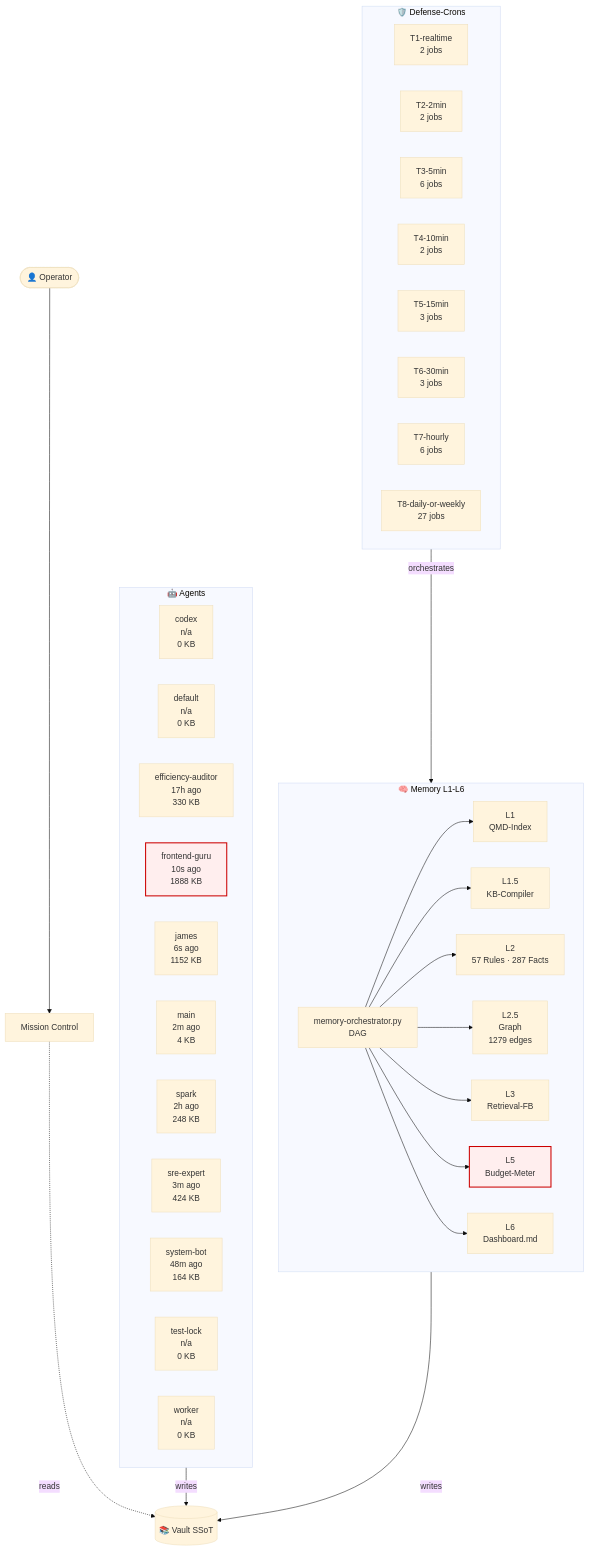
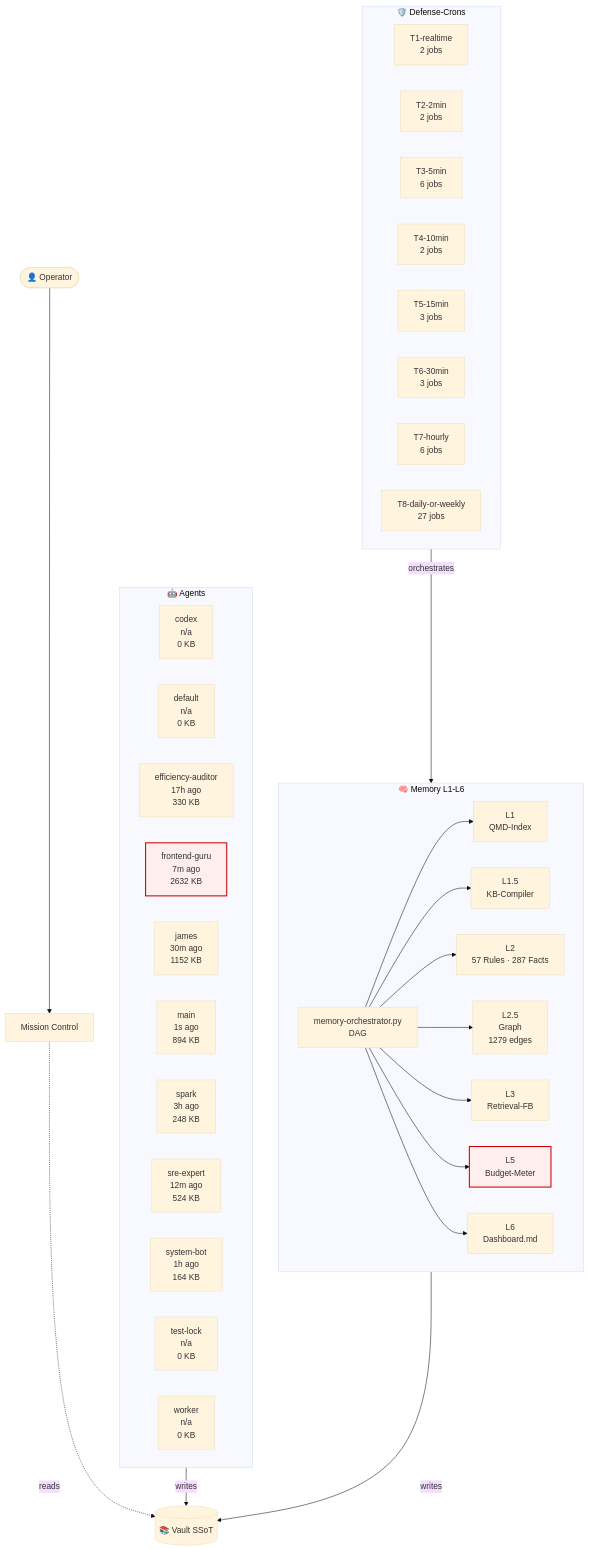
One commit to lenardhuebner88-rgb/openclaw-memory changed the diagram in 03-Agents/architecture-live.md. Above: the diagram before and after it, drawn with Mermaid (base theme). The commit also changed other lines of this file and 17 other files, not shown here.

````diff
--- a/03-Agents/architecture-live.md
+++ b/03-Agents/architecture-live.md
@@ -18,54 +18,54 @@
 ```mermaid
 flowchart TB
     classDef critical fill:#fee,stroke:#c00,stroke-width:2px;
     subgraph AGT["🤖 Agents"]
         agent_codex["codex<br/>n/a<br/>0 KB"]
         agent_default["default<br/>n/a<br/>0 KB"]
         agent_efficiency_auditor["efficiency-auditor<br/>17h ago<br/>330 KB"]
-        agent_frontend_guru["frontend-guru<br/>10s ago<br/>1888 KB"]
-        agent_james["james<br/>6s ago<br/>1152 KB"]
-        agent_main["main<br/>2m ago<br/>4 KB"]
-        agent_spark["spark<br/>2h ago<br/>248 KB"]
-        agent_sre_expert["sre-expert<br/>3m ago<br/>424 KB"]
-        agent_system_bot["system-bot<br/>48m ago<br/>164 KB"]
+        agent_frontend_guru["frontend-guru<br/>7m ago<br/>2632 KB"]
+        agent_james["james<br/>30m ago<br/>1152 KB"]
+        agent_main["main<br/>1s ago<br/>894 KB"]
+        agent_spark["spark<br/>3h ago<br/>248 KB"]
+        agent_sre_expert["sre-expert<br/>12m ago<br/>524 KB"]
+        agent_system_bot["system-bot<br/>1h ago<br/>164 KB"]
         agent_test_lock["test-lock<br/>n/a<br/>0 KB"]
         agent_worker["worker<br/>n/a<br/>0 KB"]
     end
     subgraph MEM["🧠 Memory L1-L6"]
         L1["L1<br/>QMD-Index"]
         L15["L1.5<br/>KB-Compiler"]
         L2["L2<br/>57 Rules · 287 Facts"]
         L25["L2.5<br/>Graph<br/>1279 edges"]
         L3["L3<br/>Retrieval-FB"]
         L5["L5<br/>Budget-Meter"]
         L6["L6<br/>Dashboard.md"]
         ORCH["memory-orchestrator.py<br/>DAG"]
     end
     subgraph CRN["🛡️ Defense-Crons"]
         tier_T1_realtime["T1-realtime<br/>2 jobs"]
         tier_T2_2min["T2-2min<br/>2 jobs"]
         tier_T3_5min["T3-5min<br/>6 jobs"]
         tier_T4_10min["T4-10min<br/>2 jobs"]
         tier_T5_15min["T5-15min<br/>3 jobs"]
         tier_T6_30min["T6-30min<br/>3 jobs"]
         tier_T7_hourly["T7-hourly<br/>6 jobs"]
         tier_T8_daily_or_weekly["T8-daily-or-weekly<br/>27 jobs"]
     end
     VAULT[("📚 Vault SSoT")]
     OP([👤 Operator])
     MC["Mission Control"]
     OP --> MC
     MC -.reads.-> VAULT
     AGT -->|writes| VAULT
     MEM -->|writes| VAULT
     ORCH --> L1
     ORCH --> L15
     ORCH --> L2
     ORCH --> L25
     ORCH --> L3
     ORCH --> L5
     ORCH --> L6
     CRN -->|orchestrates| MEM
     class L5 critical
     class agent_frontend_guru critical
 ```
````
